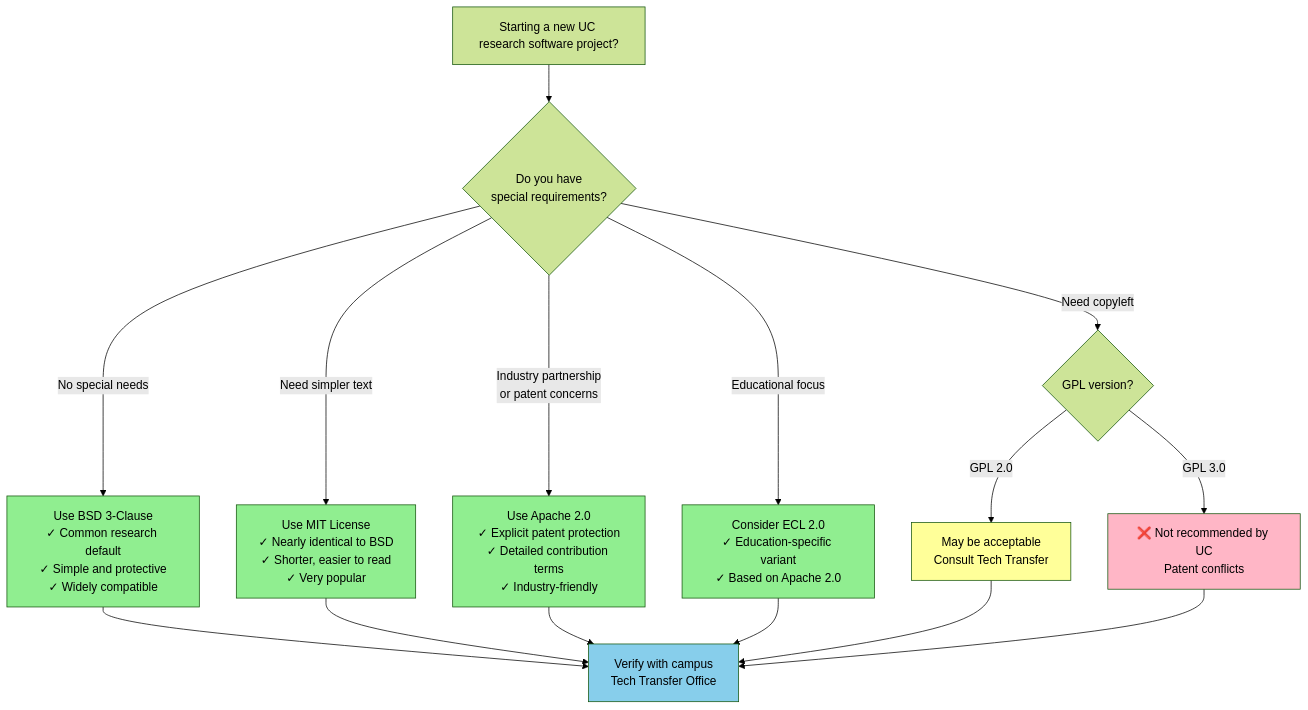
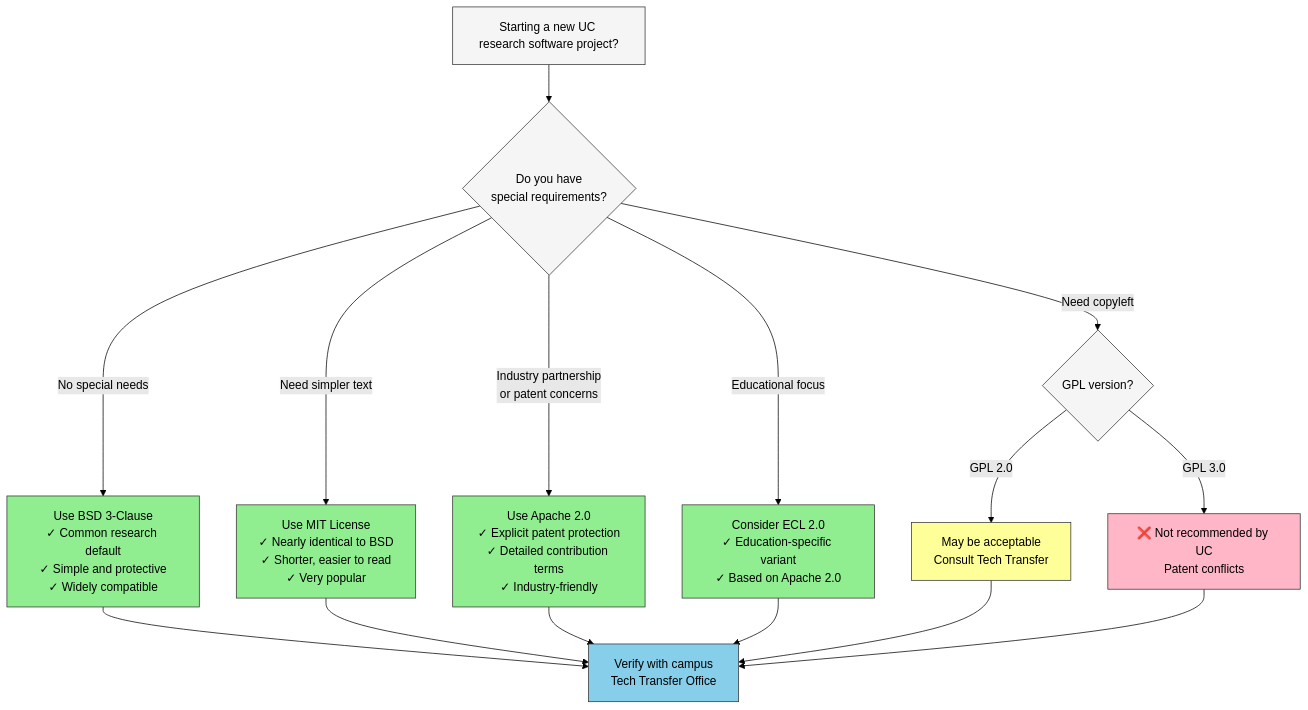
One commit to UC-OSPO-Network/research-software-citable-discoverable changed the diagram in episodes/open-source-license.md. Above: the diagram before and after it, drawn with Mermaid (forest theme). The commit also changed other lines of this file, not shown here.

Commit message:
fix(content): fix illegible license-decision mermaid diagram in both themes
Start/Check/Copyleft nodes had no explicit style and rendered solid
black in both light and dark mode. The site's global `p { color }`
rule also overrode Mermaid's per-node text color regardless of theme,
so all node text (not just those three) ended up mismatched against
its fill in dark mode. Added explicit fill/stroke/text-color to every
node, a scoped CSS override so labels inherit Mermaid's authored
color instead of the site default, and accTitle/accDescr so the page
no longer shows the "enter an accessible description" placeholder.

````diff
--- a/episodes/open-source-license.md
+++ b/episodes/open-source-license.md
@@ -108,32 +108,39 @@
 ``` mermaid
 graph TD
+    accTitle: License decision flowchart
+    accDescr {
+        Decision tree for choosing an open source license, starting from whether the project has special requirements, branching to BSD 3-Clause, MIT, Apache 2.0, ECL 2.0, or GPL depending on the need, and ending with a check with the campus Tech Transfer Office.
+    }
     Start[Starting a new UC research software project?] --> Check{Do you have<br/>special requirements?}
     
     Check -->|No special needs| BSD[Use BSD 3-Clause<br/>✓ Common research default<br/>✓ Simple and protective<br/>✓ Widely compatible]
     
     Check -->|Need simpler text| MIT[Use MIT License<br/>✓ Nearly identical to BSD<br/>✓ Shorter, easier to read<br/>✓ Very popular]
     
     Check -->|Industry partnership<br/>or patent concerns| Apache[Use Apache 2.0<br/>✓ Explicit patent protection<br/>✓ Detailed contribution terms<br/>✓ Industry-friendly]
     
     Check -->|Educational focus| ECL[Consider ECL 2.0<br/>✓ Education-specific variant<br/>✓ Based on Apache 2.0]
     
     BSD --> TTO[Verify with campus<br/>Tech Transfer Office]
     MIT --> TTO
     Apache --> TTO
     ECL --> TTO
     
     Check -->|Need copyleft| Copyleft{GPL version?}
     Copyleft -->|GPL 2.0| GPL2[May be acceptable<br/>Consult Tech Transfer]
     Copyleft -->|GPL 3.0| GPL3[❌ Not recommended by UC<br/>Patent conflicts]
     
     GPL2 --> TTO
     GPL3 --> TTO
     
-    style BSD fill:#90EE90
-    style MIT fill:#90EE90
-    style Apache fill:#90EE90
-    style ECL fill:#90EE90
-    style GPL2 fill:#FFFF99
-    style GPL3 fill:#FFB6C6
-    style TTO fill:#87CEEB
+    style Start fill:#f5f5f5,stroke:#333,color:#000
+    style Check fill:#f5f5f5,stroke:#333,color:#000
+    style Copyleft fill:#f5f5f5,stroke:#333,color:#000
+    style BSD fill:#90EE90,stroke:#333,color:#000
+    style MIT fill:#90EE90,stroke:#333,color:#000
+    style Apache fill:#90EE90,stroke:#333,color:#000
+    style ECL fill:#90EE90,stroke:#333,color:#000
+    style GPL2 fill:#FFFF99,stroke:#333,color:#000
+    style GPL3 fill:#FFB6C6,stroke:#333,color:#000
+    style TTO fill:#87CEEB,stroke:#333,color:#000
 ```
````
